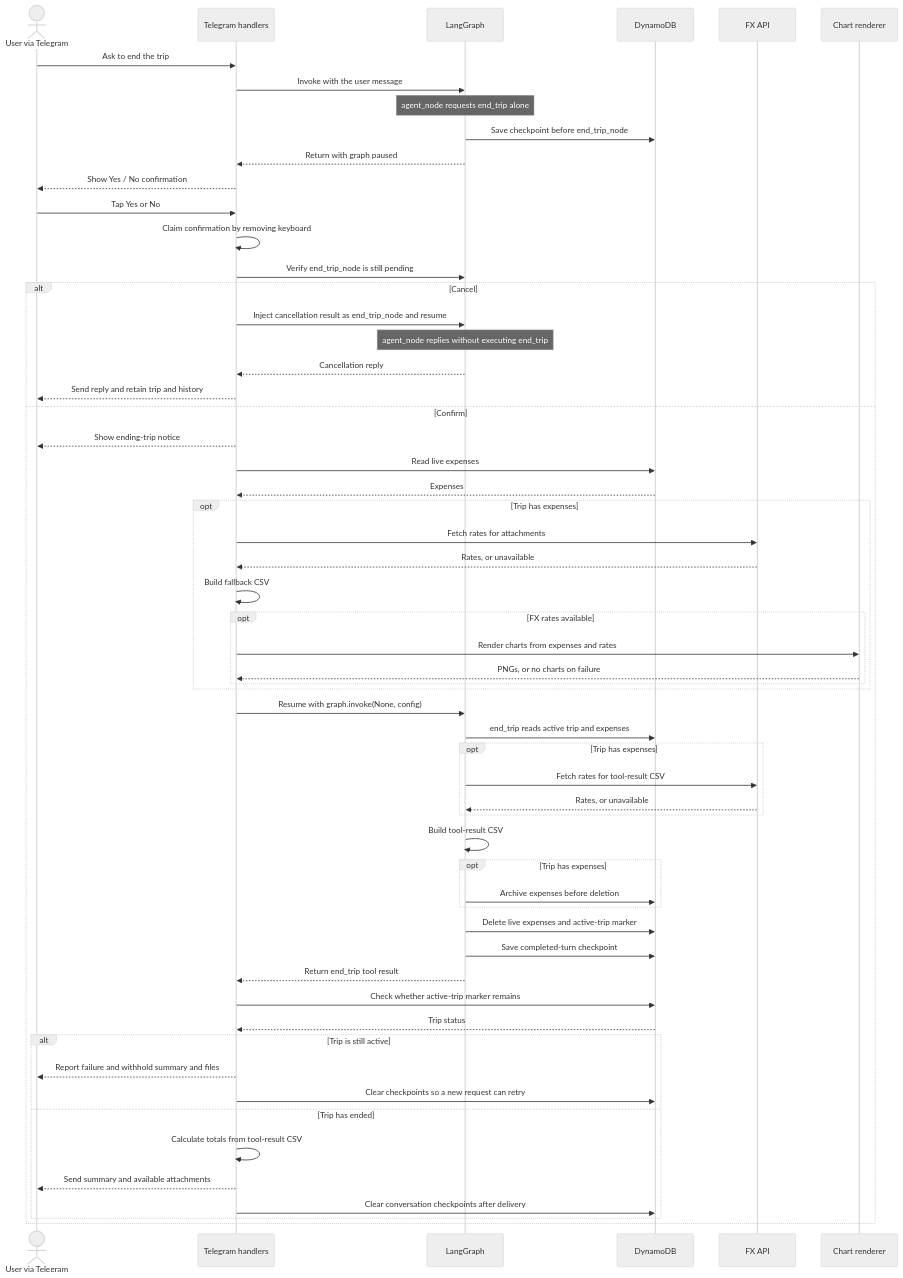
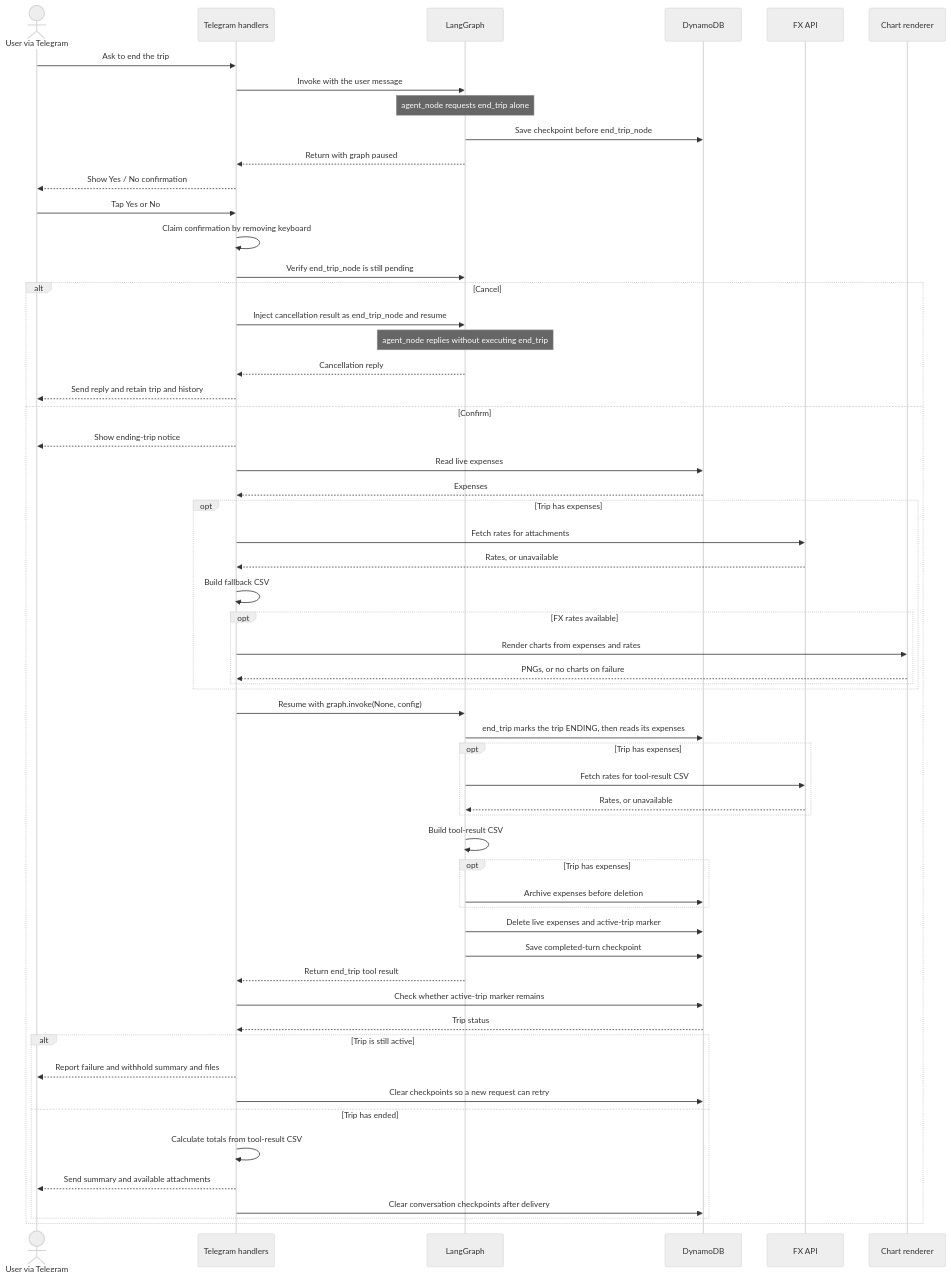
The fourth of 4 diagrams in ARCHITECTURE.md (gyant6/ExpensesCalculatorAgenticBot), drawn with Mermaid (neutral theme) before and after one commit. The commit also changed other lines of this file and 10 other files, not shown here.

Commit message:
Mark a trip as ending before reading its expenses so no expense can be added, edited or deleted mid-way and be left for the next trip. Reuse one shared DynamoDB client, and allow the condition-check action the transactions need.

````diff
--- a/ARCHITECTURE.md
+++ b/ARCHITECTURE.md
@@ -237,62 +237,62 @@
 ```mermaid
 sequenceDiagram
     actor User as User via Telegram
     participant Handler as Telegram handlers
     participant Graph as LangGraph
     participant DB as DynamoDB
     participant FX as FX API
     participant Charts as Chart renderer
 
     User->>Handler: Ask to end the trip
     Handler->>Graph: Invoke with the user message
     Note over Graph: agent_node requests end_trip alone
     Graph->>DB: Save checkpoint before end_trip_node
     Graph-->>Handler: Return with graph paused
     Handler-->>User: Show Yes / No confirmation
     User->>Handler: Tap Yes or No
     Handler->>Handler: Claim confirmation by removing keyboard
     Handler->>Graph: Verify end_trip_node is still pending
 
     alt Cancel
         Handler->>Graph: Inject cancellation result as end_trip_node and resume
         Note over Graph: agent_node replies without executing end_trip
         Graph-->>Handler: Cancellation reply
         Handler-->>User: Send reply and retain trip and history
     else Confirm
         Handler-->>User: Show ending-trip notice
         Handler->>DB: Read live expenses
         DB-->>Handler: Expenses
         opt Trip has expenses
             Handler->>FX: Fetch rates for attachments
             FX-->>Handler: Rates, or unavailable
             Handler->>Handler: Build fallback CSV
             opt FX rates available
                 Handler->>Charts: Render charts from expenses and rates
                 Charts-->>Handler: PNGs, or no charts on failure
             end
         end
         Handler->>Graph: Resume with graph.invoke(None, config)
-        Graph->>DB: end_trip reads active trip and expenses
+        Graph->>DB: end_trip marks the trip ENDING, then reads its expenses
         opt Trip has expenses
             Graph->>FX: Fetch rates for tool-result CSV
             FX-->>Graph: Rates, or unavailable
         end
         Graph->>Graph: Build tool-result CSV
         opt Trip has expenses
             Graph->>DB: Archive expenses before deletion
         end
         Graph->>DB: Delete live expenses and active-trip marker
         Graph->>DB: Save completed-turn checkpoint
         Graph-->>Handler: Return end_trip tool result
         Handler->>DB: Check whether active-trip marker remains
         DB-->>Handler: Trip status
         alt Trip is still active
             Handler-->>User: Report failure and withhold summary and files
             Handler->>DB: Clear checkpoints so a new request can retry
         else Trip has ended
             Handler->>Handler: Calculate totals from tool-result CSV
             Handler-->>User: Send summary and available attachments
             Handler->>DB: Clear conversation checkpoints after delivery
         end
     end
 ```
````
